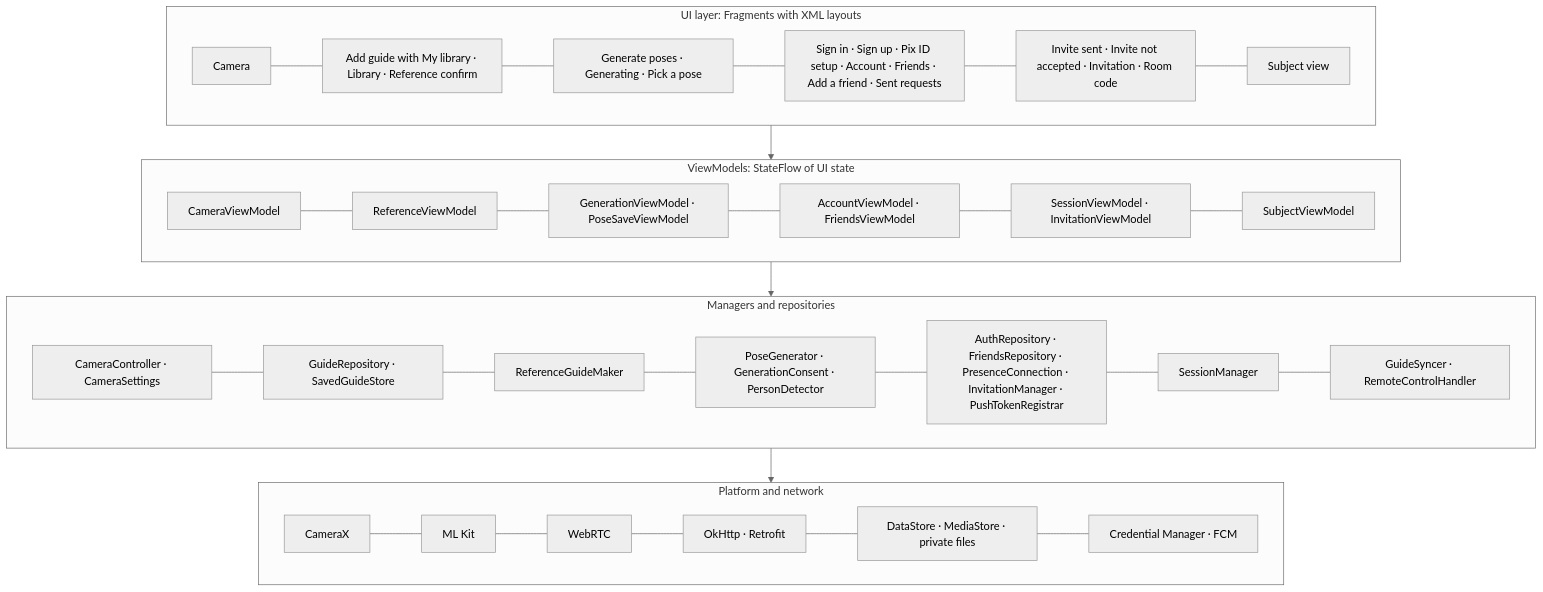
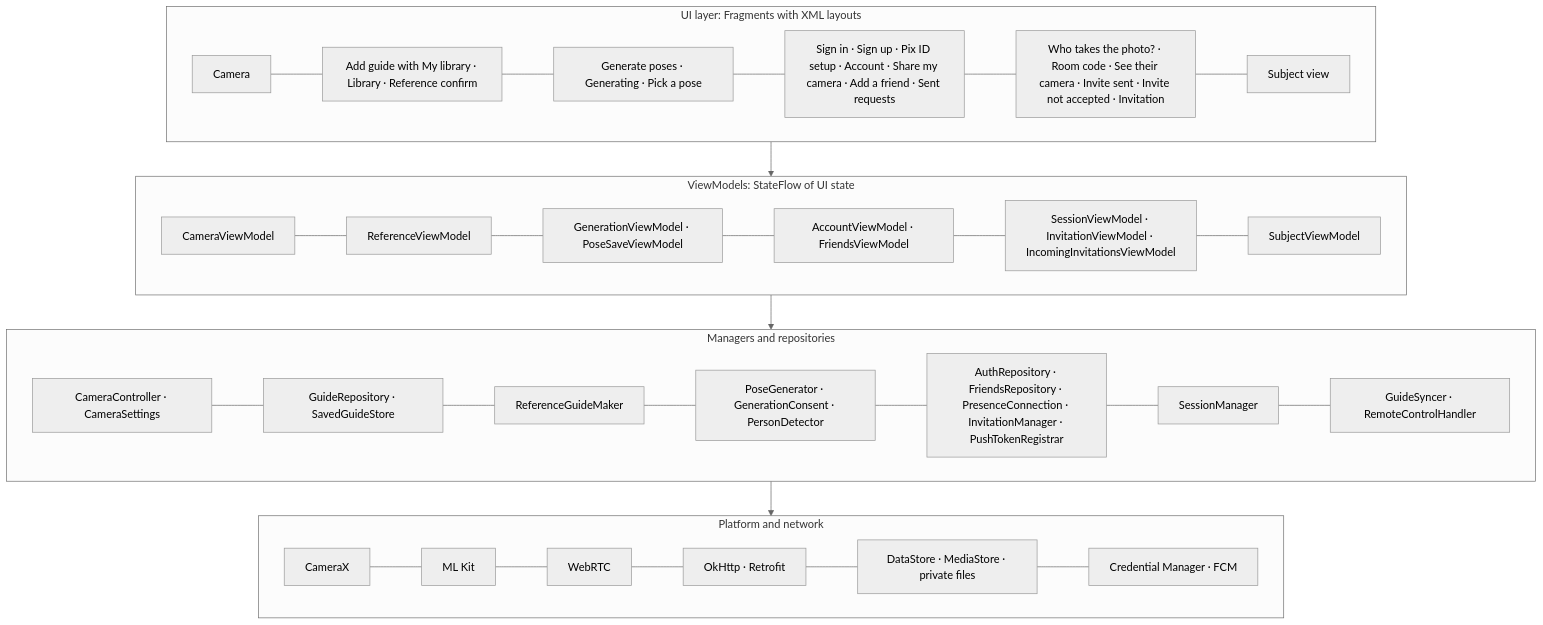
Before and after one commit to snuhcs-course/swpp-2026-project-team-10: the fifth of 12 diagrams in wiki/Design-Documentation.md, drawn with Mermaid (neutral theme). The commit also changed other lines of this file and 92 other files, not shown here.

First line of the commit message:
feat: choose who takes the photo before connecting

````diff
--- a/wiki/Design-Documentation.md
+++ b/wiki/Design-Documentation.md
@@ -349,16 +350,16 @@
 ```mermaid
 flowchart TB
   subgraph UI["UI layer: Fragments with XML layouts"]
-    C1["Camera"] --- C2["Add guide with My library · Library · Reference confirm"] --- C3["Generate poses · Generating · Pick a pose"] --- C4["Sign in · Sign up · Pix ID setup · Account · Friends · Add a friend · Sent requests"] --- C5["Invite sent · Invite not accepted · Invitation · Room code"] --- C6["Subject view"]
+    C1["Camera"] --- C2["Add guide with My library · Library · Reference confirm"] --- C3["Generate poses · Generating · Pick a pose"] --- C4["Sign in · Sign up · Pix ID setup · Account · Share my camera · Add a friend · Sent requests"] --- C5["Who takes the photo? · Room code · See their camera · Invite sent · Invite not accepted · Invitation"] --- C6["Subject view"]
   end
   subgraph VM["ViewModels: StateFlow of UI state"]
-    V1["CameraViewModel"] --- V2["ReferenceViewModel"] --- V3["GenerationViewModel · PoseSaveViewModel"] --- V4["AccountViewModel · FriendsViewModel"] --- V5["SessionViewModel · InvitationViewModel"] --- V6["SubjectViewModel"]
+    V1["CameraViewModel"] --- V2["ReferenceViewModel"] --- V3["GenerationViewModel · PoseSaveViewModel"] --- V4["AccountViewModel · FriendsViewModel"] --- V5["SessionViewModel · InvitationViewModel · IncomingInvitationsViewModel"] --- V6["SubjectViewModel"]
   end
   subgraph DOM["Managers and repositories"]
     D1["CameraController · CameraSettings"] --- D2["GuideRepository · SavedGuideStore"] --- D3["ReferenceGuideMaker"] --- D4["PoseGenerator · GenerationConsent · PersonDetector"] --- D5["AuthRepository · FriendsRepository · PresenceConnection · InvitationManager · PushTokenRegistrar"] --- D6["SessionManager"] --- D7["GuideSyncer · RemoteControlHandler"]
   end
   subgraph SRC["Platform and network"]
     S1["CameraX"] --- S2["ML Kit"] --- S3["WebRTC"] --- S4["OkHttp · Retrofit"] --- S5["DataStore · MediaStore · private files"] --- S6["Credential Manager · FCM"]
   end
   UI --> VM --> DOM --> SRC
 ```
````
